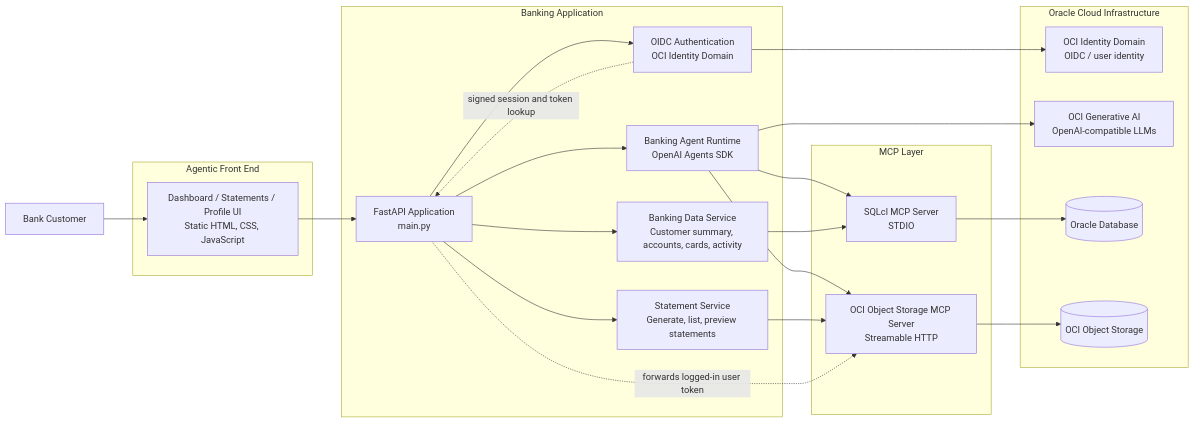
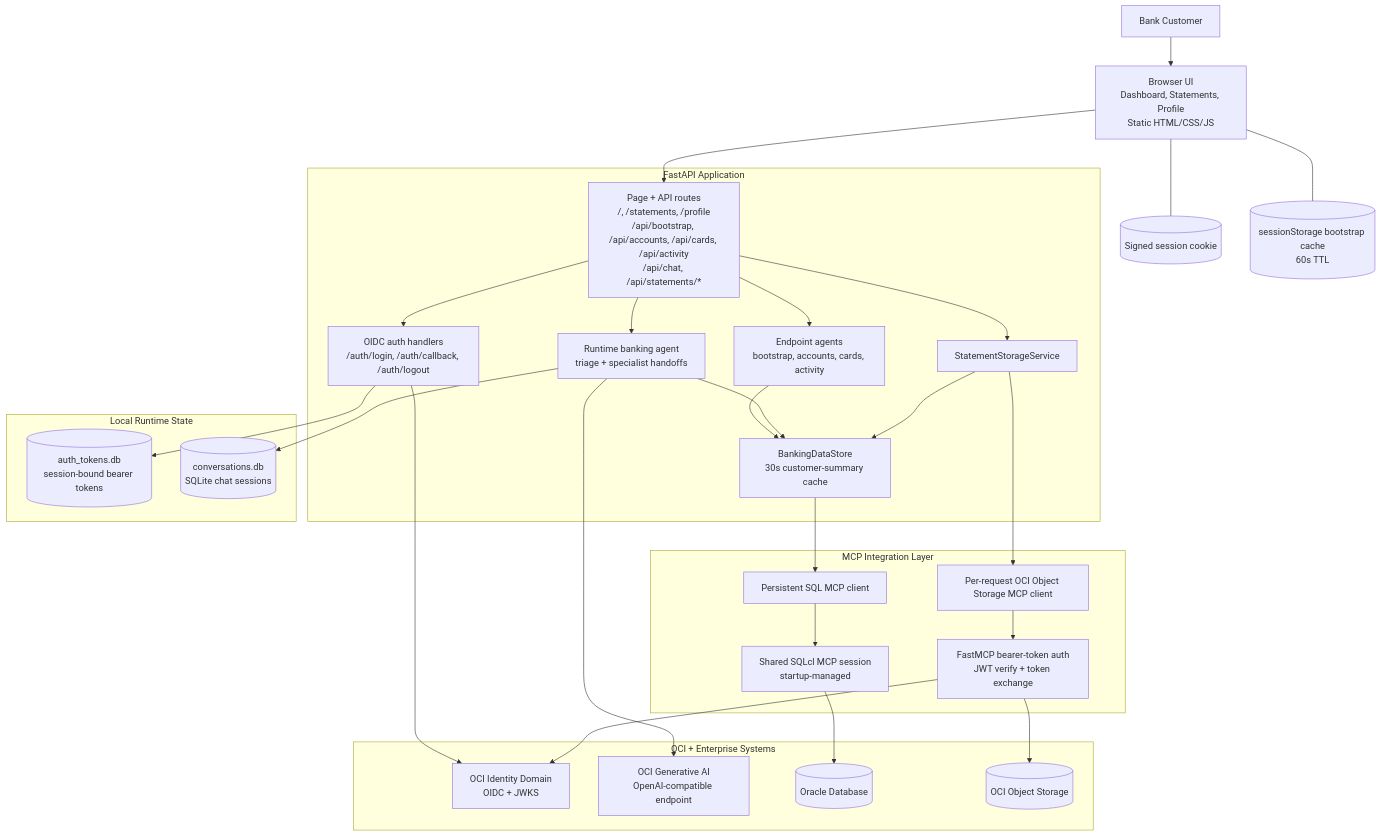
The diagram in docs/architecture.md (kiranthakkar/bankingapplication), drawn with Mermaid before and after one commit. The commit also changed other lines of this file and 2 other files, not shown here.

Commit message:
Update architecture documentation and diagram

````diff
--- a/docs/architecture.md
+++ b/docs/architecture.md
@@ -5,51 +13,63 @@
 ```mermaid
-flowchart LR
+flowchart TD
     U[Bank Customer]
+    B[Browser UI<br/>Dashboard, Statements, Profile<br/>Static HTML/CSS/JS]
+    SC[(Signed session cookie)]
+    BC[(sessionStorage bootstrap cache<br/>60s TTL)]
 
-    subgraph FE[Agentic Front End]
-        UI[Dashboard / Statements / Profile UI\nStatic HTML, CSS, JavaScript]
+    subgraph APP[FastAPI Application]
+        ROUTES[Page + API routes<br/>/, /statements, /profile<br/>/api/bootstrap, /api/accounts, /api/cards, /api/activity<br/>/api/chat, /api/statements/*]
+        AUTH[OIDC auth handlers<br/>/auth/login, /auth/callback, /auth/logout]
+        VIEW[Endpoint agents<br/>bootstrap, accounts, cards, activity]
+        CHAT[Runtime banking agent<br/>triage + specialist handoffs]
+        DATA[BankingDataStore<br/>30s customer-summary cache]
+        STMT[StatementStorageService]
     end
 
-    subgraph APP[Banking Application]
-        API[FastAPI Application\nmain.py]
-        AUTH[OIDC Authentication\nOCI Identity Domain]
-        AGENT[Banking Agent Runtime\nOpenAI Agents SDK]
-        DATA[Banking Data Service\nCustomer summary, accounts, cards, activity]
-        STMT[Statement Service\nGenerate, list, preview statements]
+    subgraph LOCAL[Local Runtime State]
+        TOKENS[(auth_tokens.db<br/>session-bound bearer tokens)]
+        CONV[(conversations.db<br/>SQLite chat sessions)]
     end
 
-    subgraph MCP[MCP Layer]
-        SQLMCP[SQLcl MCP Server\nSTDIO]
-        OSMCP[OCI Object Storage MCP Server\nStreamable HTTP]
+    subgraph MCP[MCP Integration Layer]
+        SQLMGR[Shared SQLcl MCP session<br/>startup-managed]
+        SQLCLI[Persistent SQL MCP client]
+        OSMCP[Per-request OCI Object Storage MCP client]
+        OSAUTH[FastMCP bearer-token auth<br/>JWT verify + token exchange]
     end
 
-    subgraph OCI[Oracle Cloud Infrastructure]
-        IDCS[OCI Identity Domain\nOIDC / user identity]
-        LLM[OCI Generative AI\nOpenAI-compatible LLMs]
+    subgraph OCI[OCI + Enterprise Systems]
+        IDCS[OCI Identity Domain<br/>OIDC + JWKS]
+        GENAI[OCI Generative AI<br/>OpenAI-compatible endpoint]
         DB[(Oracle Database)]
         OS[(OCI Object Storage)]
     end
 
-    U --> UI
-    UI --> API
+    U --> B
+    B --> ROUTES
+    B --- SC
+    B --- BC
 
-    API --> AUTH
+    ROUTES --> AUTH
     AUTH --> IDCS
+    AUTH --> TOKENS
 
-    API --> DATA
-    API --> STMT
-    API --> AGENT
+    ROUTES --> VIEW
+    ROUTES --> CHAT
+    ROUTES --> STMT
 
-    AGENT --> LLM
-    AGENT --> SQLMCP
-    AGENT --> OSMCP
-
-    DATA --> SQLMCP
+    VIEW --> DATA
+    CHAT --> DATA
+    CHAT --> CONV
+    CHAT --> GENAI
+    STMT --> DATA
     STMT --> OSMCP
 
-    SQLMCP --> DB
-    OSMCP --> OS
+    DATA --> SQLCLI
+    SQLCLI --> SQLMGR
+    SQLMGR --> DB
 
-    API -. forwards logged-in user token .-> OSMCP
-    AUTH -. signed session and token lookup .-> API
+    OSMCP --> OSAUTH
+    OSAUTH --> IDCS
+    OSAUTH --> OS
 ```
````
